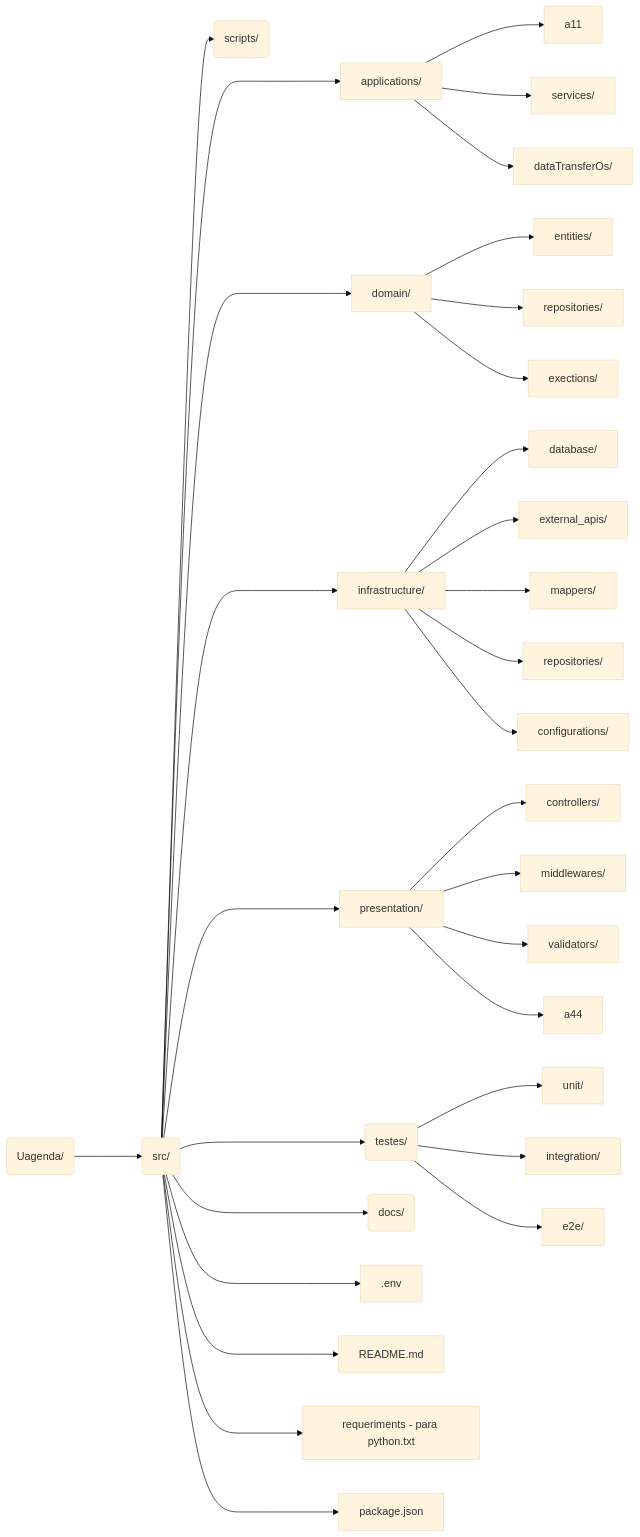
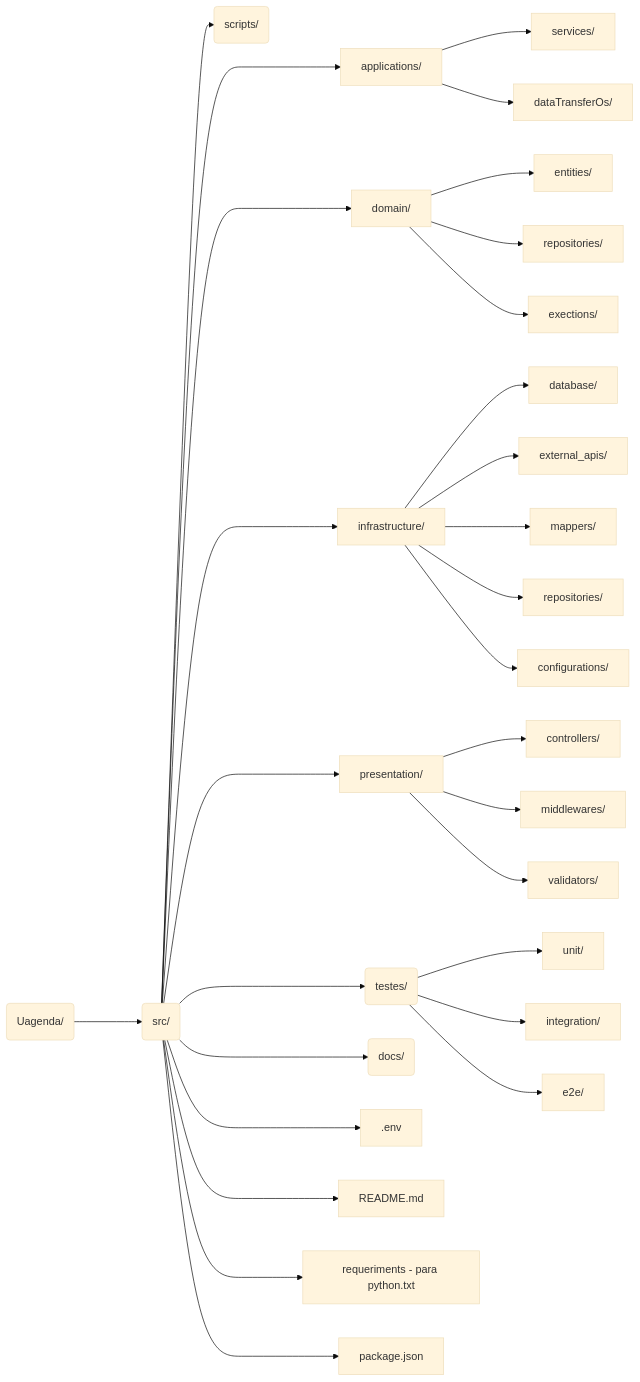
The third of 5 diagrams in README.md (GstavRocha/UAgenda), drawn with Mermaid (base theme) before and after one commit. The commit also changed other lines of this file, not shown here.

````diff
--- a/README.md
+++ b/README.md
@@ -145,76 +145,74 @@
 ```mermaid
 flowchart LR
 b(Uagenda/)
 a(src/)
 
 a1[applications/]
 a12[services/]
 a13[dataTransferOs/]
 
 a2[domain/]
 a21[entities/]
 a22[repositories/]
 a23[exections/]
 
 a3[infrastructure/]
 a31[database/]
 a32[external_apis/]
 a33[mappers/]
 a34[repositories/]
 a35[configurations/]
 
 a4[presentation/]
 a41[controllers/]
 a42[middlewares/]
 a43[validators/]
 
 c(testes/)
 c1[unit/]
 c2[integration/]
 c3[e2e/]
 
 d(scripts/)
 a-->d
 
 e(docs/)
 a--->e
 f[.env]
 a--->f
 g[README.md]
 a--->g
 h[requeriments - para python.txt]
 a--->h
 i[package.json]
 a--->i
 
 b--->a
 a--->a1
 a--->a2
 a--->a3
 a--->a4
 
-a1-->a11
 a1-->a12
 a1-->a13
 
 a2-->a21
 a2-->a22
 a2-->a23
 
 a3-->a31
 a3-->a32
 a3-->a33
 a3-->a34
 a3-->a35
 
 a4-->a41
 a4-->a42
 a4-->a43
-a4-->a44
 
 a--->c
 
 c-->c1
 c-->c2
 c-->c3
 ```
````
